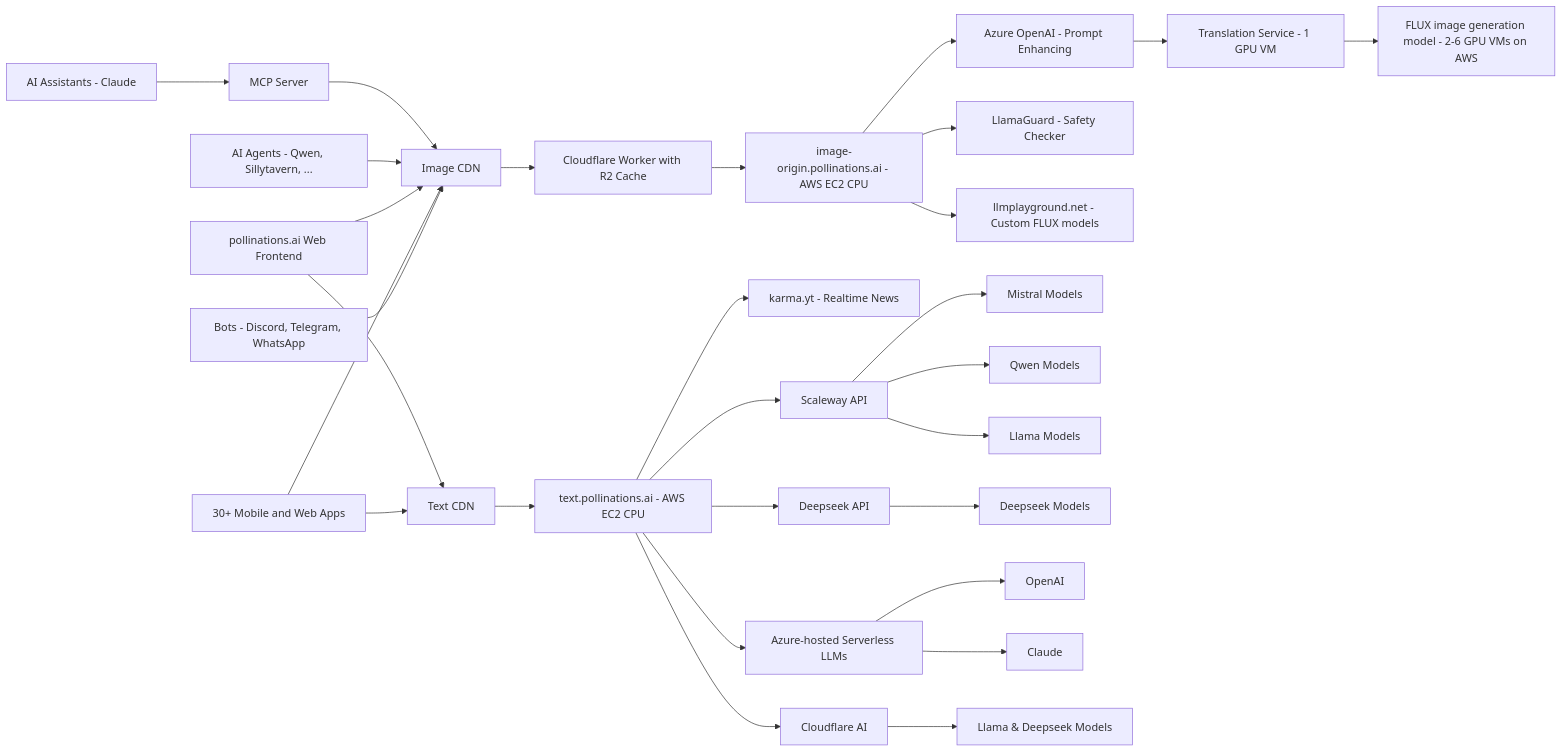
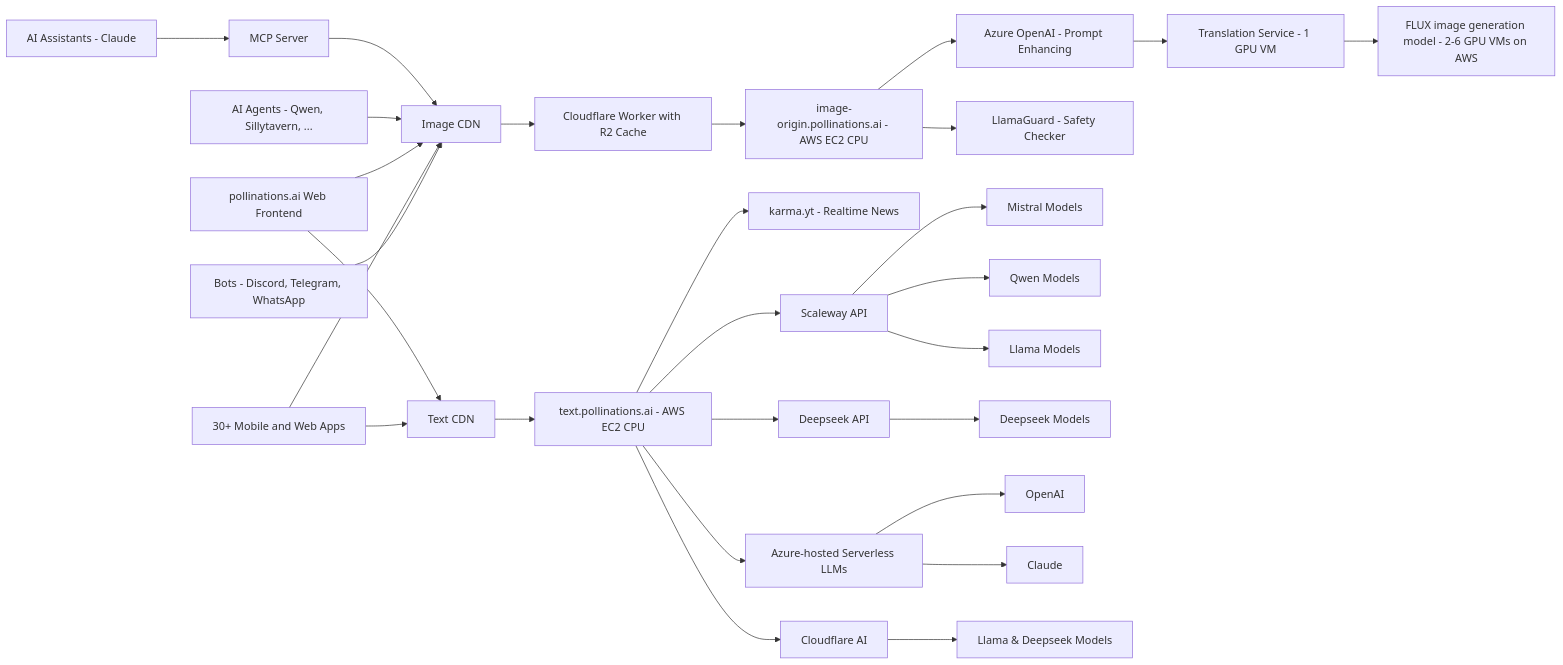
The diagram in README.md (pollinations/pollinations), drawn with Mermaid before and after one commit. The commit also changed other lines of this file and 1 other file, not shown here.

First line of the commit message:
Remove llmplayground.net from partners

````diff
--- a/README.md
+++ b/README.md
@@ -158,39 +158,38 @@
 ```mermaid
 graph LR
     Q[Bots - Discord, Telegram, WhatsApp] --> L1
     
     N[30+ Mobile and Web Apps] --> L1
     N --> L2
     
     A[pollinations.ai Web Frontend] --> L1
     A --> L2
     
     R[AI Agents - Qwen, Sillytavern, ...] --> L1
     
     AI[AI Assistants - Claude] --> MCP[MCP Server]
     MCP --> L1
     
     L1[Image CDN] --> CF[Cloudflare Worker with R2 Cache]
     L2[Text CDN] --> C
     
     CF --> B
     
     B[image-origin.pollinations.ai - AWS EC2 CPU] --> F[Azure OpenAI - Prompt Enhancing]
     B --> S[LlamaGuard - Safety Checker]
-    B --> M[llmplayground.net - Custom FLUX models]
     F --> E[Translation Service - 1 GPU VM]
     E --> D[FLUX image generation model - 2-6 GPU VMs on AWS]
     
     C[text.pollinations.ai - AWS EC2 CPU] --> P[karma.yt - Realtime News]
     C --> SC[Scaleway API]
     C --> DS[Deepseek API]
     C --> G[Azure-hosted Serverless LLMs]
     C --> CFM[Cloudflare AI]
     SC --> MI[Mistral Models]
     SC --> QW[Qwen Models]
     SC --> LL[Llama Models]
     DS --> DM[Deepseek Models]
     G --> H[OpenAI]
     G --> K[Claude]
     CFM --> CFL[Llama & Deepseek Models]
 ```
````
